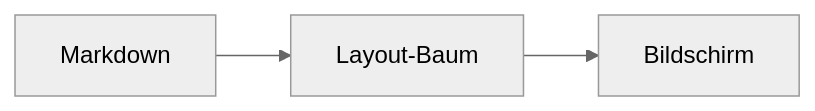
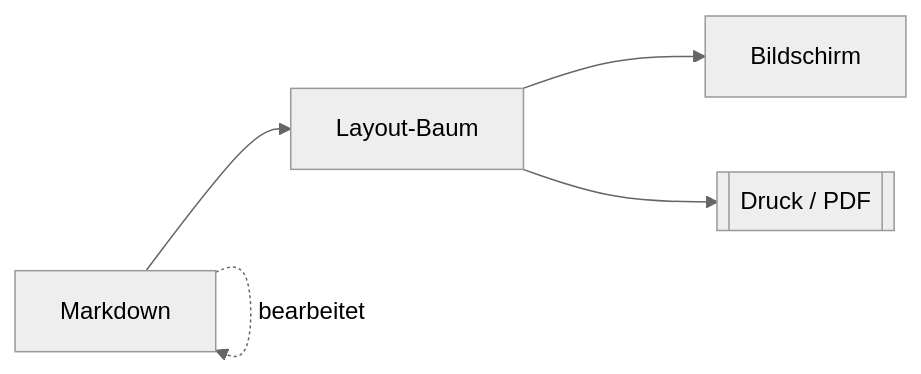
Before and after one commit to m3repo/mdvu: the fifth of 6 diagrams in samples/showcase.de.md, drawn with Mermaid (neutral theme). The commit also changed other lines of this file and 5 other files, not shown here.

Commit message:
docs: flowcharts (Mermaid flowchart/graph subset)

````diff
--- a/samples/showcase.de.md
+++ b/samples/showcase.de.md
@@ -246,4 +228,6 @@
 ```mermaid
 flowchart LR
-  A[Markdown] --> B[Layout-Baum] --> C[Bildschirm]
+    A[Markdown] --> B[Layout-Baum] --> C[Bildschirm]
+    B --> D[[Druck / PDF]]
+    A -. bearbeitet .-> A
 ```
````
